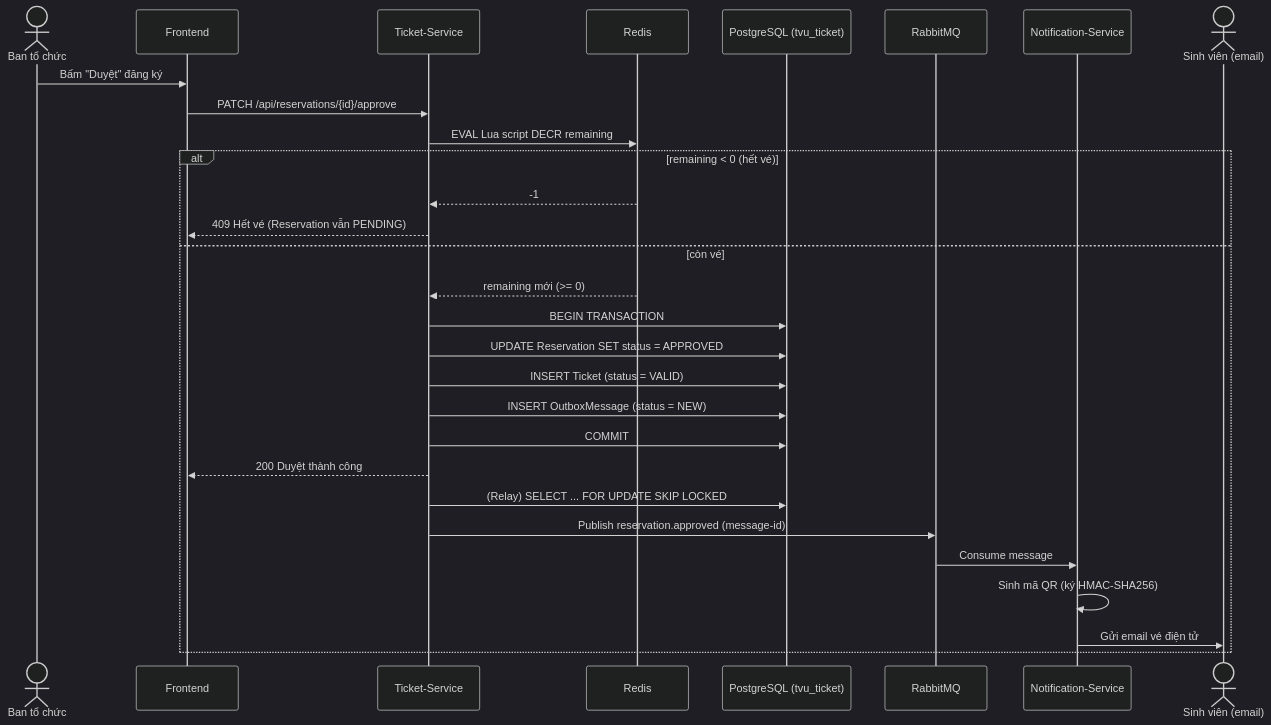
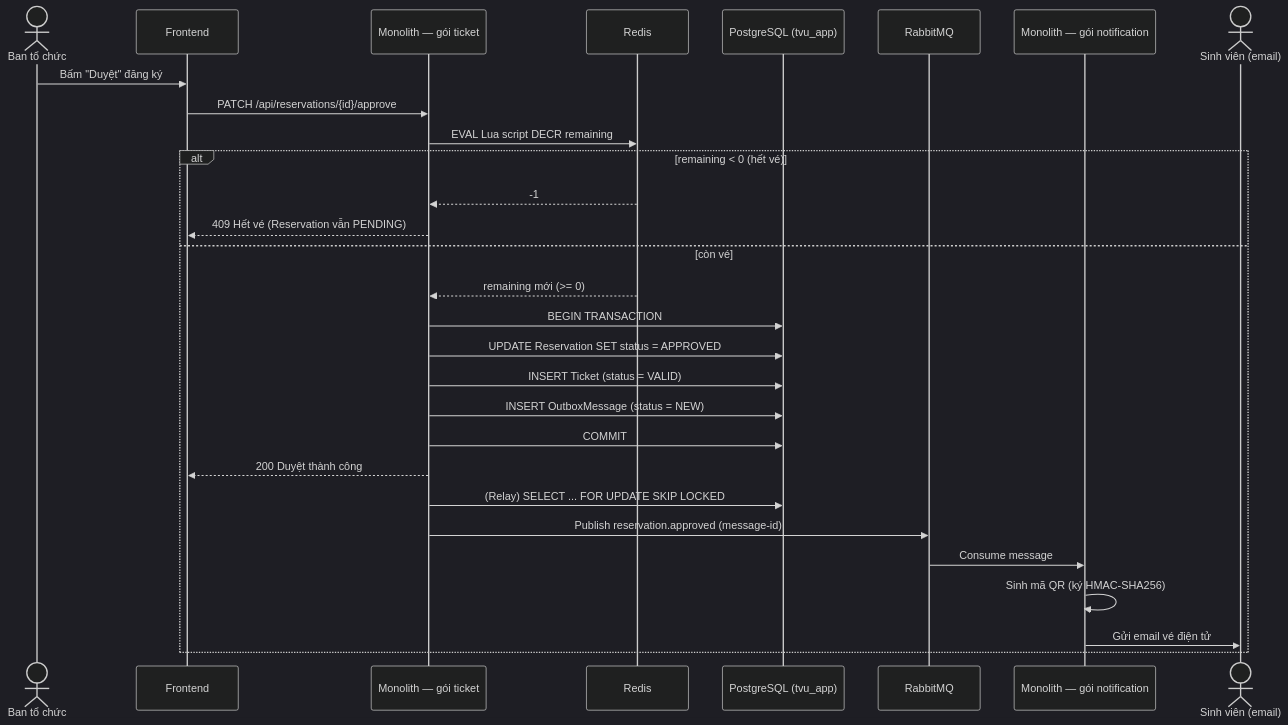
The fifth of 10 diagrams in SO_DO_UML_TVU_Event_Ticketing.md (trhlow/TVU-Event-Ticket), drawn with Mermaid (dark theme) before and after one commit. The commit also changed other lines of this file and 115 other files, not shown here.

````diff
--- a/SO_DO_UML_TVU_Event_Ticketing.md
+++ b/SO_DO_UML_TVU_Event_Ticketing.md
@@ -221,32 +225,32 @@
 ```mermaid
 sequenceDiagram
     actor BTC as Ban tổ chức
     participant FE as Frontend
-    participant TS as Ticket-Service
+    participant TS as Monolith — gói ticket
     participant R as Redis
-    participant DB as PostgreSQL (tvu_ticket)
+    participant DB as PostgreSQL (tvu_app)
     participant MQ as RabbitMQ
-    participant NS as Notification-Service
+    participant NS as Monolith — gói notification
     actor SVN as Sinh viên (email)
 
     BTC->>FE: Bấm "Duyệt" đăng ký
     FE->>TS: PATCH /api/reservations/{id}/approve
     TS->>R: EVAL Lua script DECR remaining
     alt remaining < 0 (hết vé)
         R-->>TS: -1
         TS-->>FE: 409 Hết vé (Reservation vẫn PENDING)
     else còn vé
         R-->>TS: remaining mới (>= 0)
         TS->>DB: BEGIN TRANSACTION
         TS->>DB: UPDATE Reservation SET status = APPROVED
         TS->>DB: INSERT Ticket (status = VALID)
         TS->>DB: INSERT OutboxMessage (status = NEW)
         TS->>DB: COMMIT
         TS-->>FE: 200 Duyệt thành công
         TS->>DB: (Relay) SELECT ... FOR UPDATE SKIP LOCKED
         TS->>MQ: Publish reservation.approved (message-id)
         MQ->>NS: Consume message
         NS->>NS: Sinh mã QR (ký HMAC-SHA256)
         NS->>SVN: Gửi email vé điện tử
     end
 ```
````
